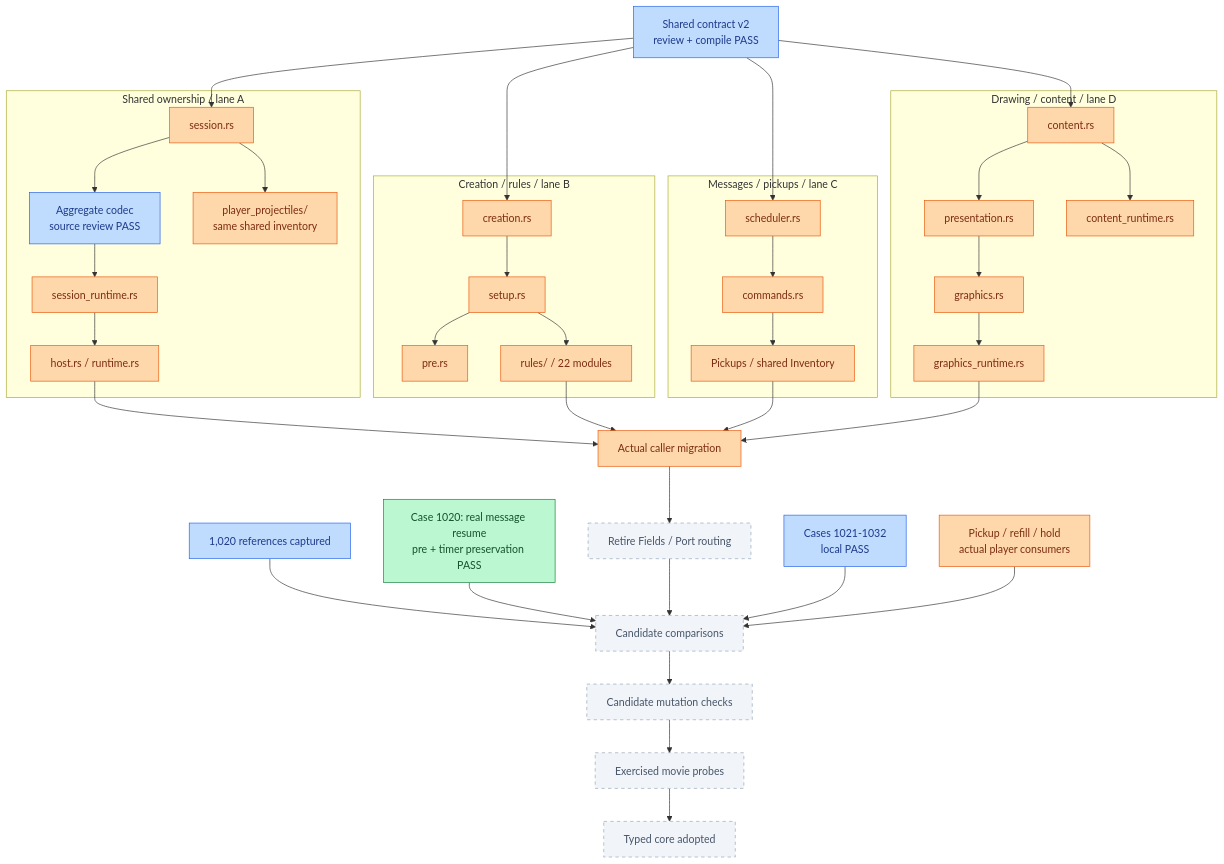
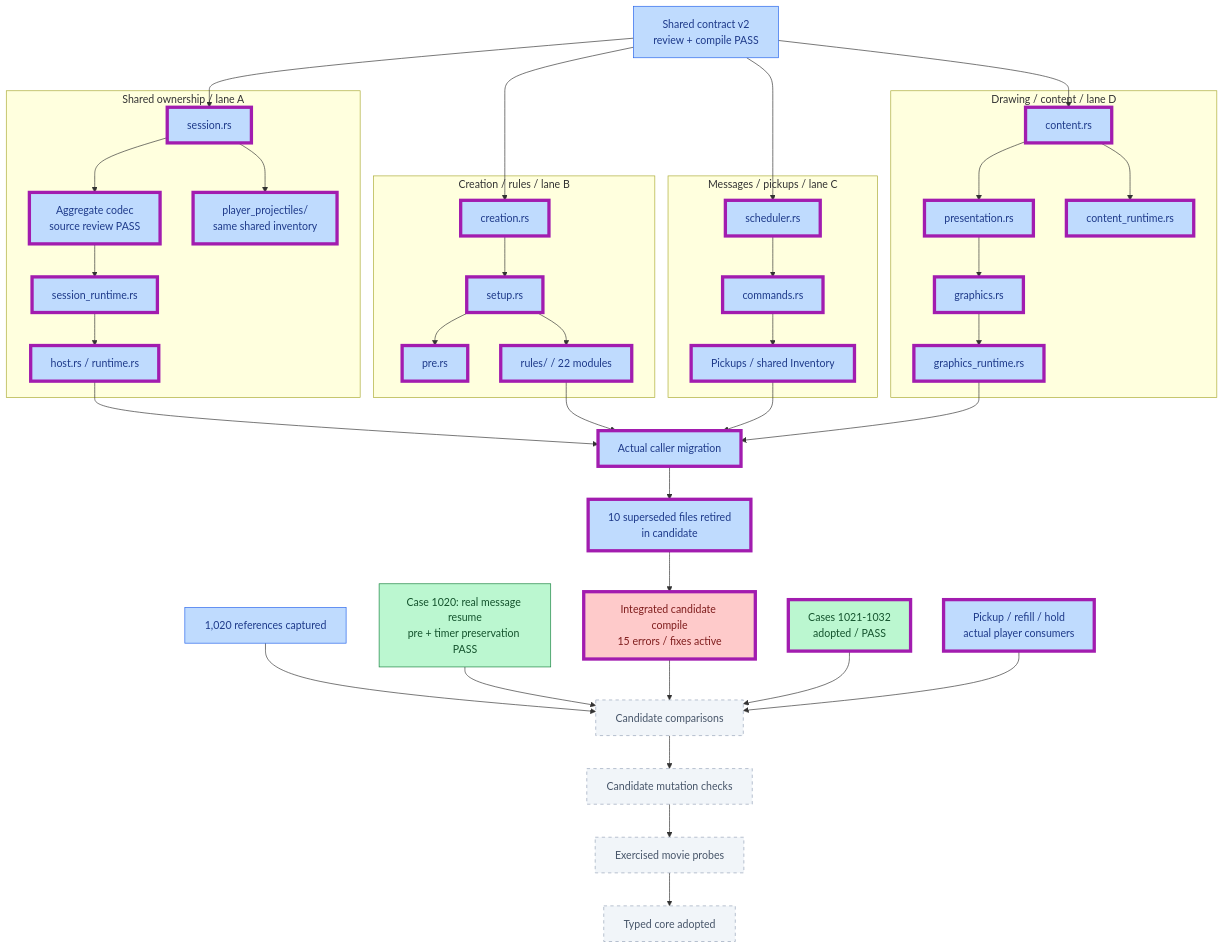
Before and after one commit to JimLundin/sm-decomp: the first of 9 diagrams in PROGRESS.md, drawn with Mermaid. The commit also changed other lines of this file and 2 other files, not shown here.

Commit message:
Adopt mechanism boundary checks; hosted baselines and three mutations pass

````diff
--- a/PROGRESS.md
+++ b/PROGRESS.md
@@ -10,48 +10,50 @@
 ```mermaid
 flowchart TB
     CONTRACT["Shared contract v2<br/>review + compile PASS"]:::checked
     subgraph shared["Shared ownership / lane A"]
-        S["session.rs"]:::active --> CODEC["Aggregate codec<br/>source review PASS"]:::checked
-        S --> PLAYER["player_projectiles/<br/>same shared inventory"]:::active
-        CODEC --> RT["session_runtime.rs"]:::active
-        RT --> HOST["host.rs / runtime.rs"]:::active
+        S["session.rs"]:::checked --> CODEC["Aggregate codec<br/>source review PASS"]:::checked
+        S --> PLAYER["player_projectiles/<br/>same shared inventory"]:::checked
+        CODEC --> RT["session_runtime.rs"]:::checked
+        RT --> HOST["host.rs / runtime.rs"]:::checked
     end
     subgraph creation["Creation / rules / lane B"]
-        CREATE["creation.rs"]:::active --> SETUP["setup.rs"]:::active
-        SETUP --> PRE["pre.rs"]:::active
-        SETUP --> RULES["rules/ / 22 modules"]:::active
+        CREATE["creation.rs"]:::checked --> SETUP["setup.rs"]:::checked
+        SETUP --> PRE["pre.rs"]:::checked
+        SETUP --> RULES["rules/ / 22 modules"]:::checked
     end
     subgraph execution["Messages / pickups / lane C"]
-        SCHED["scheduler.rs"]:::active --> CMD["commands.rs"]:::active
-        CMD --> PICKUP["Pickups / shared Inventory"]:::active
+        SCHED["scheduler.rs"]:::checked --> CMD["commands.rs"]:::checked
+        CMD --> PICKUP["Pickups / shared Inventory"]:::checked
     end
     subgraph drawing["Drawing / content / lane D"]
-        DRAW["presentation.rs"]:::active --> GRAPHICS["graphics.rs"]:::active
-        CONTENT["content.rs"]:::active --> DRAW
-        CONTENT --> CR["content_runtime.rs"]:::active
-        GRAPHICS --> GR["graphics_runtime.rs"]:::active
+        DRAW["presentation.rs"]:::checked --> GRAPHICS["graphics.rs"]:::checked
+        CONTENT["content.rs"]:::checked --> DRAW
+        CONTENT --> CR["content_runtime.rs"]:::checked
+        GRAPHICS --> GR["graphics_runtime.rs"]:::checked
     end
     CONTRACT --> S
     CONTRACT --> CREATE
     CONTRACT --> SCHED
     CONTRACT --> CONTENT
-    HOST --> CALLERS["Actual caller migration"]:::active
+    HOST --> CALLERS["Actual caller migration"]:::checked
     RULES --> CALLERS
     PICKUP --> CALLERS
     GR --> CALLERS
-    CALLERS --> DELETE["Retire Fields / Port routing"]:::pending
+    CALLERS --> DELETE["10 superseded files retired<br/>in candidate"]:::checked
     BASE["1,020 references captured"]:::checked --> COMPARE["Candidate comparisons"]:::pending
     RESUME["Case 1020: real message resume<br/>pre + timer preservation PASS"]:::done --> COMPARE
-    DELETE --> COMPARE
-    GAP["Cases 1021-1032<br/>local PASS"]:::checked --> COMPARE
-    SHAREDTEST["Pickup / refill / hold<br/>actual player consumers"]:::active --> COMPARE
+    DELETE --> BUILD["Integrated candidate compile<br/>15 errors / fixes active"]:::failed
+    BUILD --> COMPARE
+    GAP["Cases 1021-1032<br/>adopted / PASS"]:::done --> COMPARE
+    SHAREDTEST["Pickup / refill / hold<br/>actual player consumers"]:::checked --> COMPARE
     COMPARE --> MUT["Candidate mutation checks"]:::pending
     MUT --> MOVIE["Exercised movie probes"]:::pending
     MOVIE --> ADOPT["Typed core adopted"]:::pending
+    class S,CODEC,PLAYER,RT,HOST,CREATE,SETUP,PRE,RULES,SCHED,CMD,PICKUP,DRAW,GRAPHICS,CONTENT,CR,GR,CALLERS,DELETE,BUILD,GAP,SHAREDTEST changed
     classDef done fill:#bbf7d0,stroke:#15803d,color:#14532d
     classDef checked fill:#bfdbfe,stroke:#2563eb,color:#1e3a8a
     classDef active fill:#fed7aa,stroke:#ea580c,color:#7c2d12
     classDef pending fill:#f1f5f9,stroke:#94a3b8,color:#475569,stroke-dasharray:5 5
     classDef failed fill:#fecaca,stroke:#dc2626,color:#7f1d1d
     classDef changed stroke:#a21caf,stroke-width:5px
 ```
````
